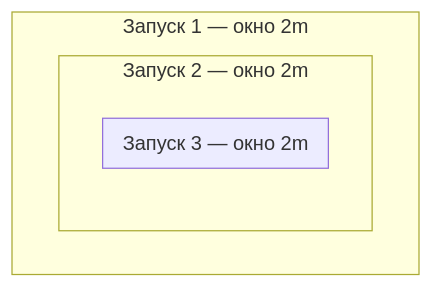
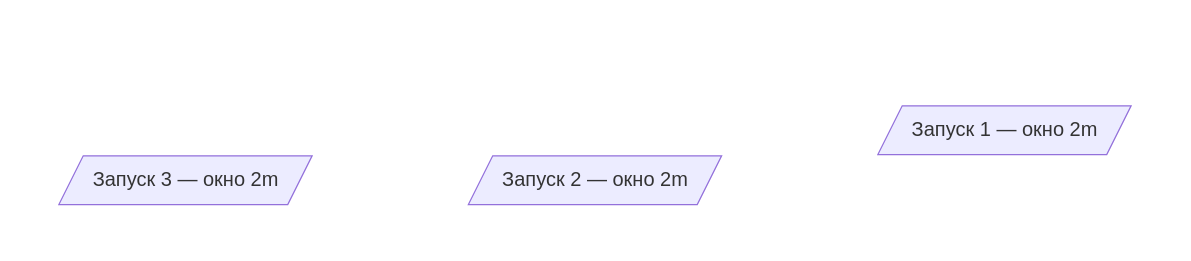
Before and after one commit to patsevanton/victorialogs-alerting-by-error-panic: the second of 2 diagrams in README.md, drawn with Mermaid. The commit also changed other lines of this file, not shown here.

Commit message:
замена mermaid-схем _time на сдвинутые параллелограммы

````diff
--- a/README.md
+++ b/README.md
@@ -474,9 +488,23 @@
 ```mermaid
 flowchart TB
-    subgraph A["Запуск 1 — окно 2m"]
-        subgraph B["Запуск 2 — окно 2m"]
-            subgraph C["Запуск 3 — окно 2m"]
-            end
-        end
+    classDef hide fill:transparent,stroke:none,color:transparent
+
+    subgraph R1[" "]
+      direction LR
+      A[/Запуск 1 — окно 2m/]
     end
+    subgraph R2[" "]
+      direction LR
+      s2["　　"]:::hide
+      B[/Запуск 2 — окно 2m/]
+    end
+    subgraph R3[" "]
+      direction LR
+      s3["　　　　"]:::hide
+      C[/Запуск 3 — окно 2m/]
+    end
+
+    style R1 fill:none,stroke:none
+    style R2 fill:none,stroke:none
+    style R3 fill:none,stroke:none
 ```
````
